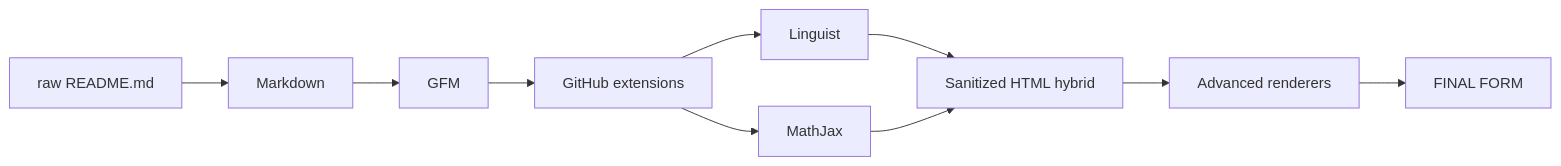
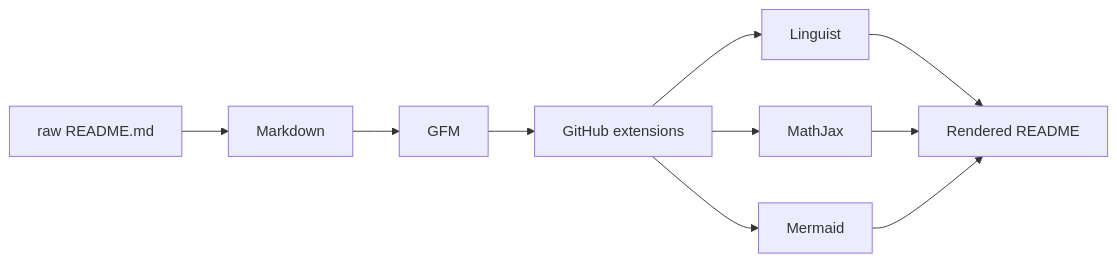
Before and after one commit to thiepn/markdown: the first of 21 diagrams in README.md, drawn with Mermaid. The commit also changed other lines of this file, not shown here.

Commit message:
docs: add full Mermaid diagram gallery

````diff
--- a/README.md
+++ b/README.md
@@ -78,12 +79,12 @@
 ```mermaid
 flowchart LR
     A[raw README.md] --> B[Markdown]
     B --> C[GFM]
     C --> D[GitHub extensions]
     D --> E[Linguist]
     D --> F[MathJax]
-    E --> G[Sanitized HTML hybrid]
-    F --> G
-    G --> H[Advanced renderers]
-    H --> I[FINAL FORM]
+    D --> G[Mermaid]
+    E --> H[Rendered README]
+    F --> H
+    G --> H
 ```
````
